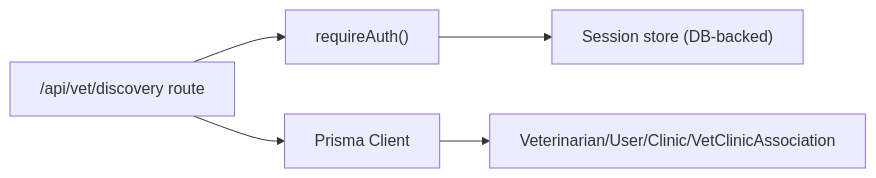
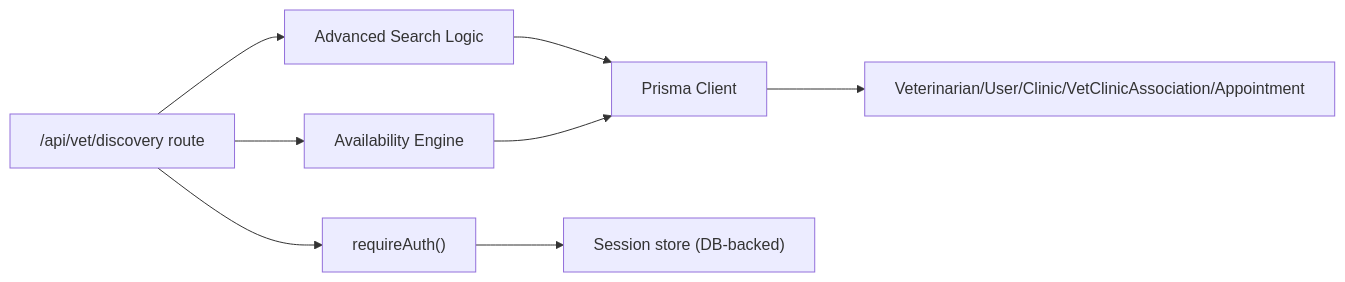
The third of 4 diagrams in .qoder/repowiki/en/content/API Reference/Veterinary Tools API/Veterinarian Discovery API.md (Javeria-Javaid/ai-powered-pet-healthcare-ecosystem), drawn with Mermaid before and after one commit. The commit also changed other lines of this file and 48 other files, not shown here.

````diff
--- a/.qoder/repowiki/en/content/API Reference/Veterinary Tools API/Veterinarian Discovery API.md
+++ b/.qoder/repowiki/en/content/API Reference/Veterinary Tools API/Veterinarian Discovery API.md
@@ -165,7 +234,10 @@
 ```mermaid
 graph LR
 Route["/api/vet/discovery route"] --> Auth["requireAuth()"]
-Route --> Prisma["Prisma Client"]
-Prisma --> Schema["Veterinarian/User/Clinic/VetClinicAssociation"]
+Route --> Search["Advanced Search Logic"]
+Route --> Availability["Availability Engine"]
+Search --> Prisma["Prisma Client"]
+Availability --> Prisma
+Prisma --> Schema["Veterinarian/User/Clinic/VetClinicAssociation/Appointment"]
 Auth --> Session["Session store (DB-backed)"]
 ```
````
